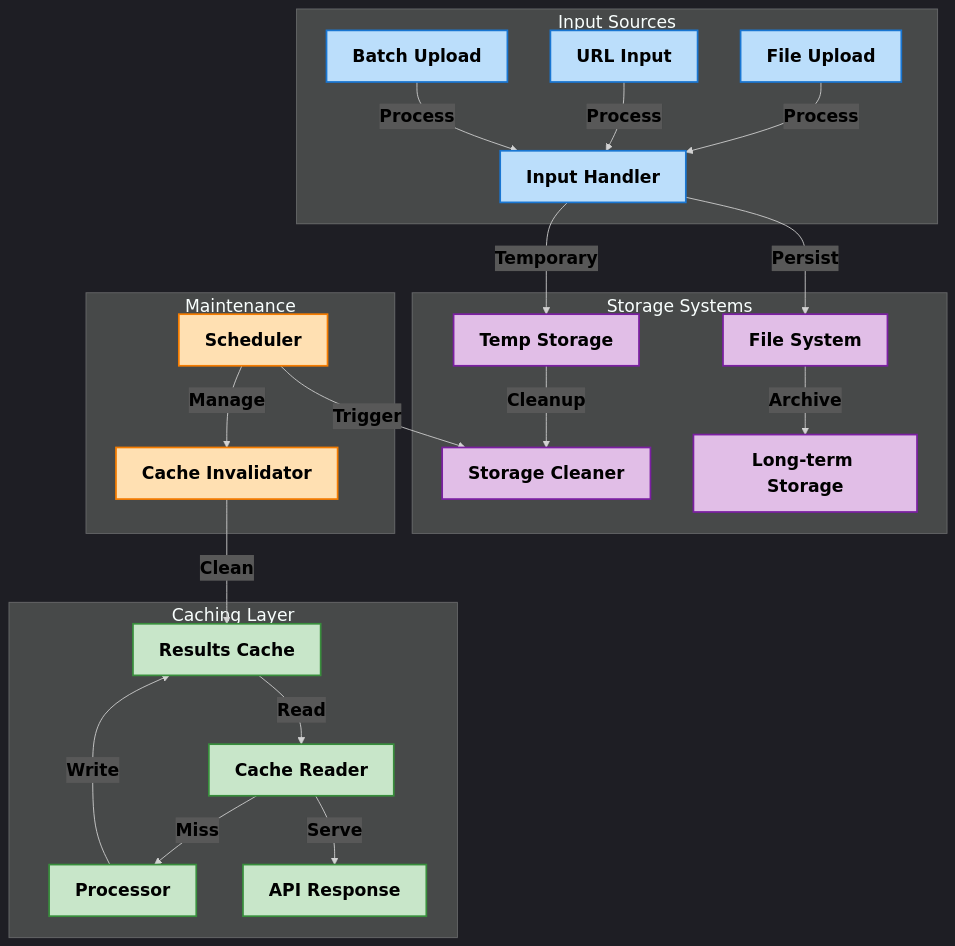
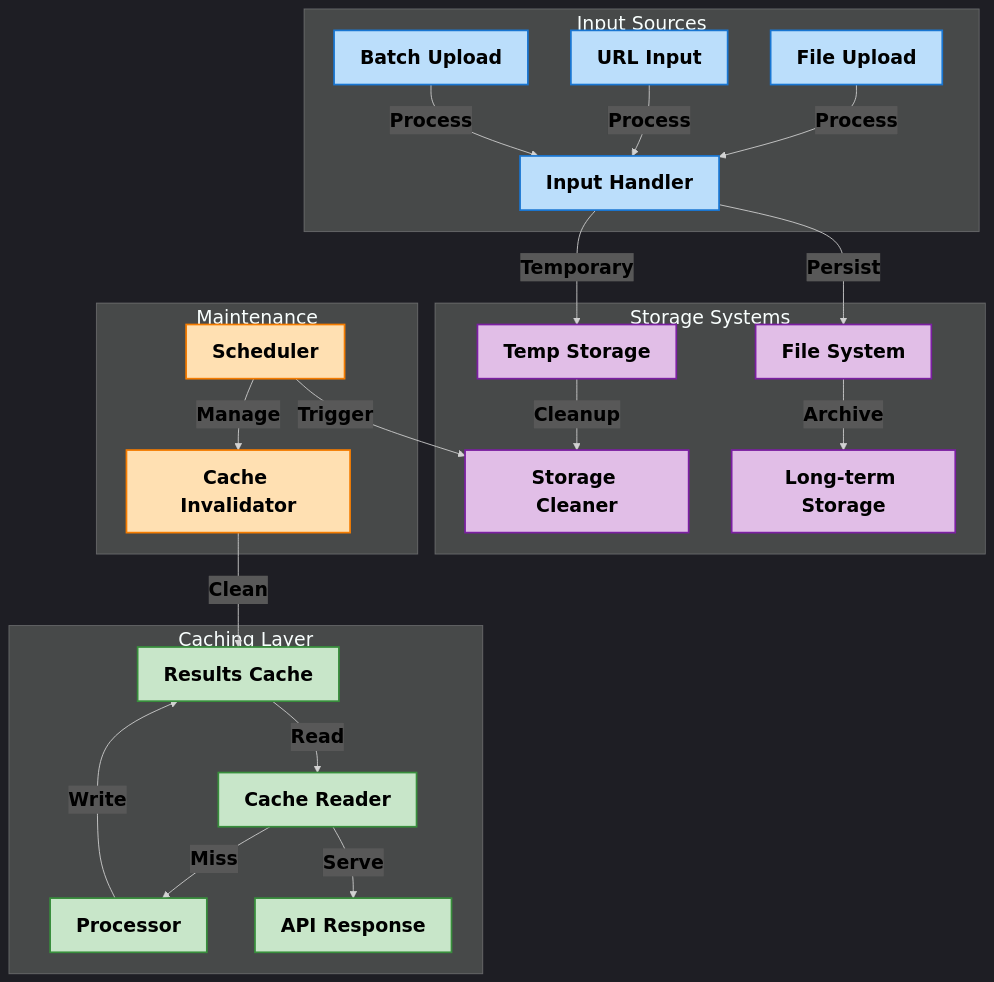
The fifth of 5 diagrams in README.md (Dhruv0306/SymphonyProject1), drawn with Mermaid before and after one commit. The commit also changed other lines of this file, not shown here.

````diff
--- a/README.md
+++ b/README.md
@@ -252,48 +252,48 @@
 ```mermaid
-%%{init: {'theme': 'dark', 'themeVariables': { 'fontFamily': 'arial', 'fontSize': '20px'}}}%%
+%%{init: {'theme': 'dark', 'themeVariables': { 'fontFamily': 'arial', 'fontSize': '22px'}}}%%
 graph TD
     subgraph "Input Sources" 
         style A1 fill:#bbdefb,stroke:#1976d2,stroke-width:2px,color:#000000,font-weight:bold
         style A2 fill:#bbdefb,stroke:#1976d2,stroke-width:2px,color:#000000,font-weight:bold
         style A3 fill:#bbdefb,stroke:#1976d2,stroke-width:2px,color:#000000,font-weight:bold
         style B fill:#bbdefb,stroke:#1976d2,stroke-width:2px,color:#000000,font-weight:bold
         A1[File Upload] -->|Process| B[Input Handler]
         A2[URL Input] -->|Process| B
         A3[Batch Upload] -->|Process| B
     end
 
     subgraph "Storage Systems" 
         style C fill:#e1bee7,stroke:#7b1fa2,stroke-width:2px,color:#000000,font-weight:bold
         style D fill:#e1bee7,stroke:#7b1fa2,stroke-width:2px,color:#000000,font-weight:bold
         style E fill:#e1bee7,stroke:#7b1fa2,stroke-width:2px,color:#000000,font-weight:bold
         style F fill:#e1bee7,stroke:#7b1fa2,stroke-width:2px,color:#000000,font-weight:bold
         B -->|Temporary| C[Temp Storage]
         B -->|Persist| D[File System]
         
         C -->|Cleanup| E[Storage Cleaner]
         D -->|Archive| F[Long-term Storage]
     end
 
     subgraph "Caching Layer" 
         style G fill:#c8e6c9,stroke:#388e3c,stroke-width:2px,color:#000000,font-weight:bold
         style H fill:#c8e6c9,stroke:#388e3c,stroke-width:2px,color:#000000,font-weight:bold
         style I fill:#c8e6c9,stroke:#388e3c,stroke-width:2px,color:#000000,font-weight:bold
         style J fill:#c8e6c9,stroke:#388e3c,stroke-width:2px,color:#000000,font-weight:bold
         G[Results Cache] -->|Read| H[Cache Reader]
         I[Processor] -->|Write| G
         
         H -->|Serve| J[API Response]
         H -->|Miss| I
     end
 
     subgraph "Maintenance" 
         style K fill:#ffe0b2,stroke:#f57c00,stroke-width:2px,color:#000000,font-weight:bold
         style L fill:#ffe0b2,stroke:#f57c00,stroke-width:2px,color:#000000,font-weight:bold
         K[Scheduler] -->|Trigger| E
         K -->|Manage| L[Cache Invalidator]
         L -->|Clean| G
     end
 
     %% Style all edge labels
     linkStyle default color:#000000,font-weight:bold
 ```
````
